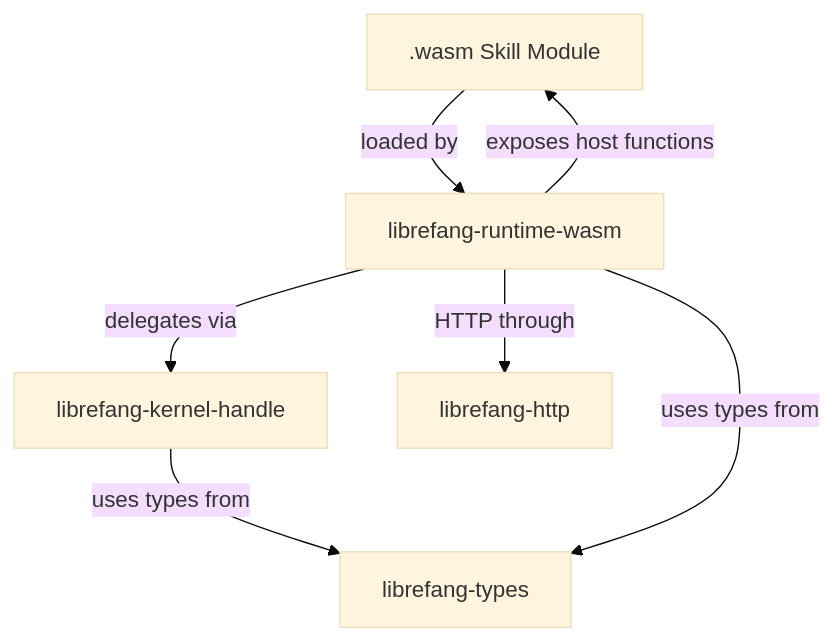
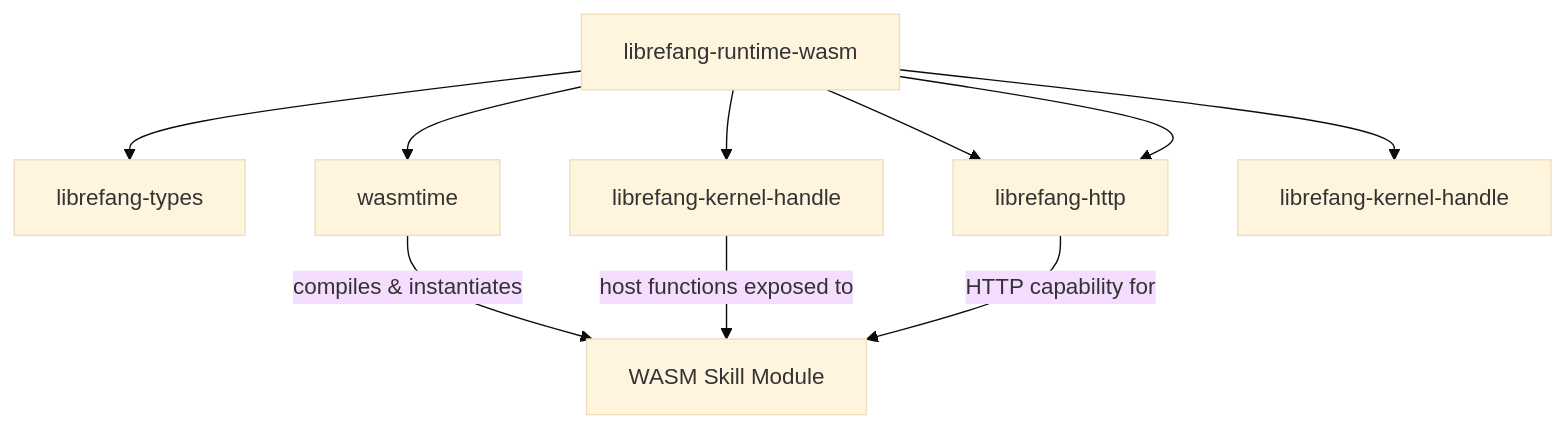
Before and after one commit to leszek3737/librefang-WIki: the diagram in other-librefang-runtime-wasm.md, drawn with Mermaid (base theme). The commit also changed other lines of this file and 98 other files, not shown here.

````diff
--- a/other-librefang-runtime-wasm.md
+++ b/other-librefang-runtime-wasm.md
@@ -20,9 +13,12 @@
 ```mermaid
 graph TD
-    A[.wasm Skill Module] -->|loaded by| B[librefang-runtime-wasm]
-    B -->|exposes host functions| A
-    B -->|delegates via| C[librefang-kernel-handle]
-    B -->|HTTP through| D[librefang-http]
-    C -->|uses types from| E[librefang-types]
-    B -->|uses types from| E
+    A[librefang-runtime-wasm] --> B[librefang-types]
+    A --> C[librefang-kernel-handle]
+    A --> D[librefang-http]
+    A --> E[wasmtime]
+    A --> F[librefang-kernel-handle]
+    A --> D
+    E -->|compiles & instantiates| G[WASM Skill Module]
+    C -->|host functions exposed to| G
+    D -->|HTTP capability for| G
 ```
````
